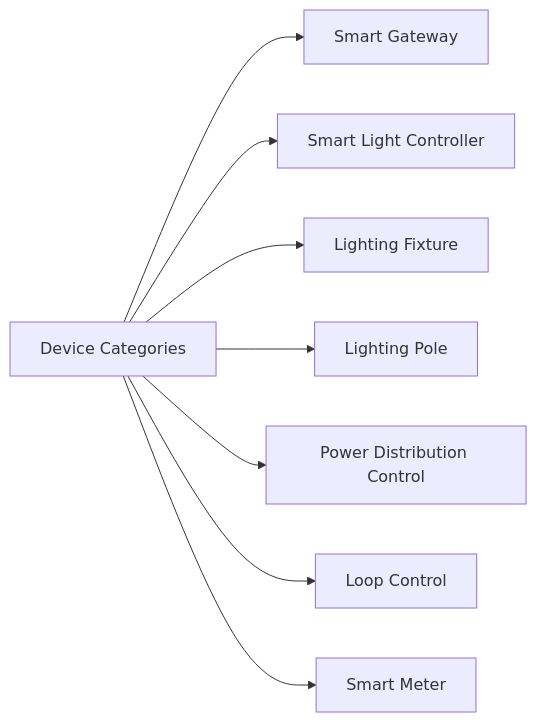
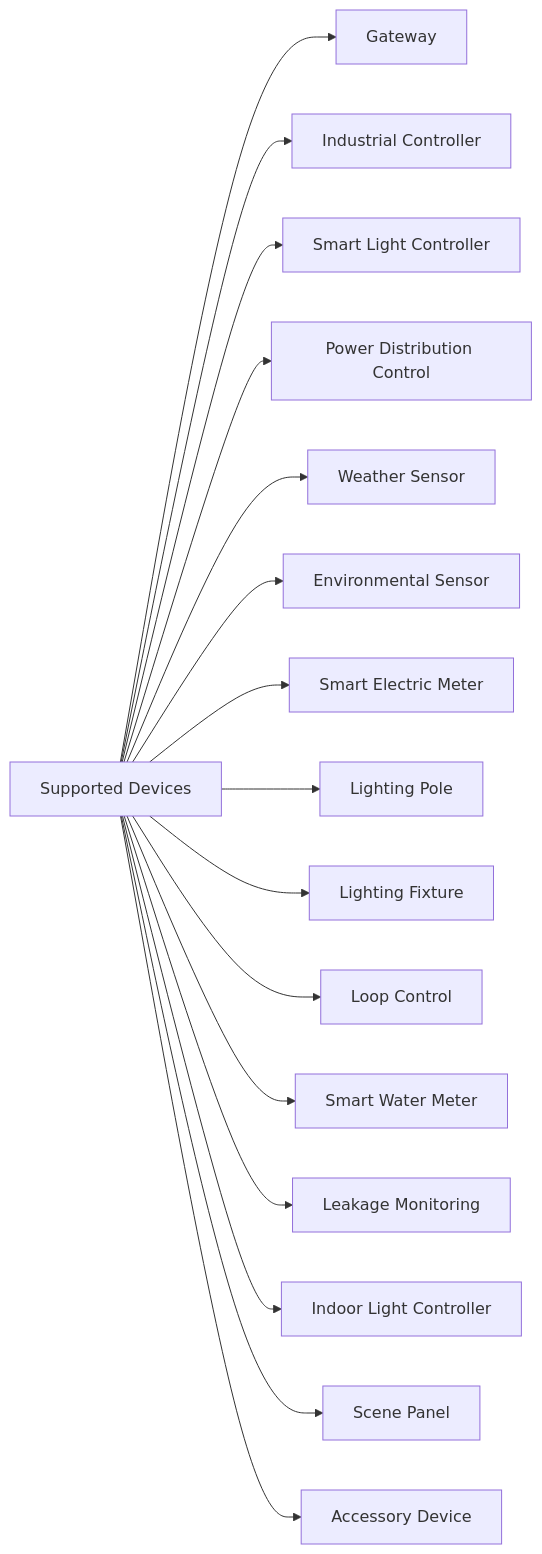
Before and after one commit to LinhDangDev/knowledge_base: the third of 15 diagrams in SHUNCOM_RULR_IoT_Platform_Analysis.md, drawn with Mermaid. The commit also changed other lines of this file and 231 other files, not shown here.

````diff
--- a/SHUNCOM_RULR_IoT_Platform_Analysis.md
+++ b/SHUNCOM_RULR_IoT_Platform_Analysis.md
@@ -124,10 +124,18 @@
 ```mermaid
 graph LR
-    A[Device Categories] --> B[Smart Gateway]
-    A --> C[Smart Light Controller]
-    A --> D[Lighting Fixture]
-    A --> E[Lighting Pole]
-    A --> F[Power Distribution Control]
-    A --> G[Loop Control]
-    A --> H[Smart Meter]
+    A[Supported Devices] --> B[Gateway]
+    A --> C[Industrial Controller]
+    A --> D[Smart Light Controller]
+    A --> E[Power Distribution Control]
+    A --> F[Weather Sensor]
+    A --> G[Environmental Sensor]
+    A --> H[Smart Electric Meter]
+    A --> I[Lighting Pole]
+    A --> J[Lighting Fixture]
+    A --> K[Loop Control]
+    A --> L[Smart Water Meter]
+    A --> M[Leakage Monitoring]
+    A --> N[Indoor Light Controller]
+    A --> O[Scene Panel]
+    A --> P[Accessory Device]
 ```
````
